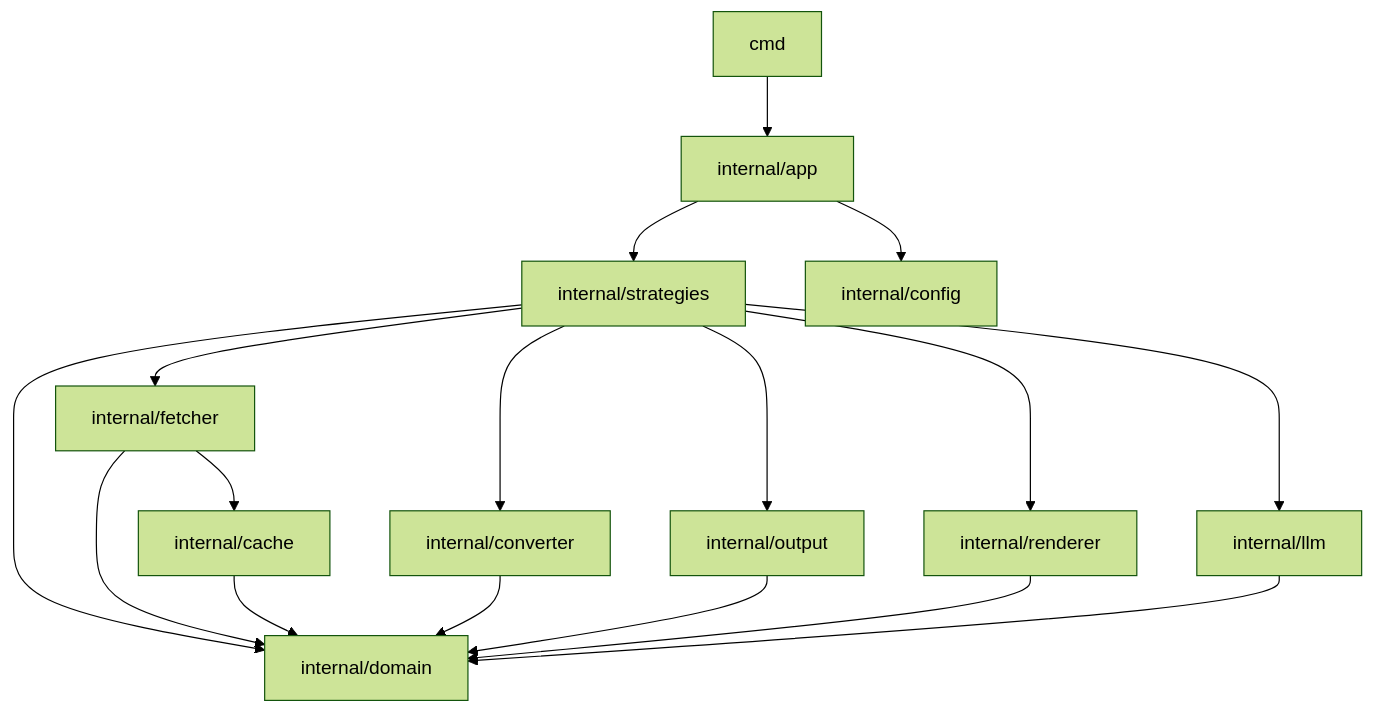
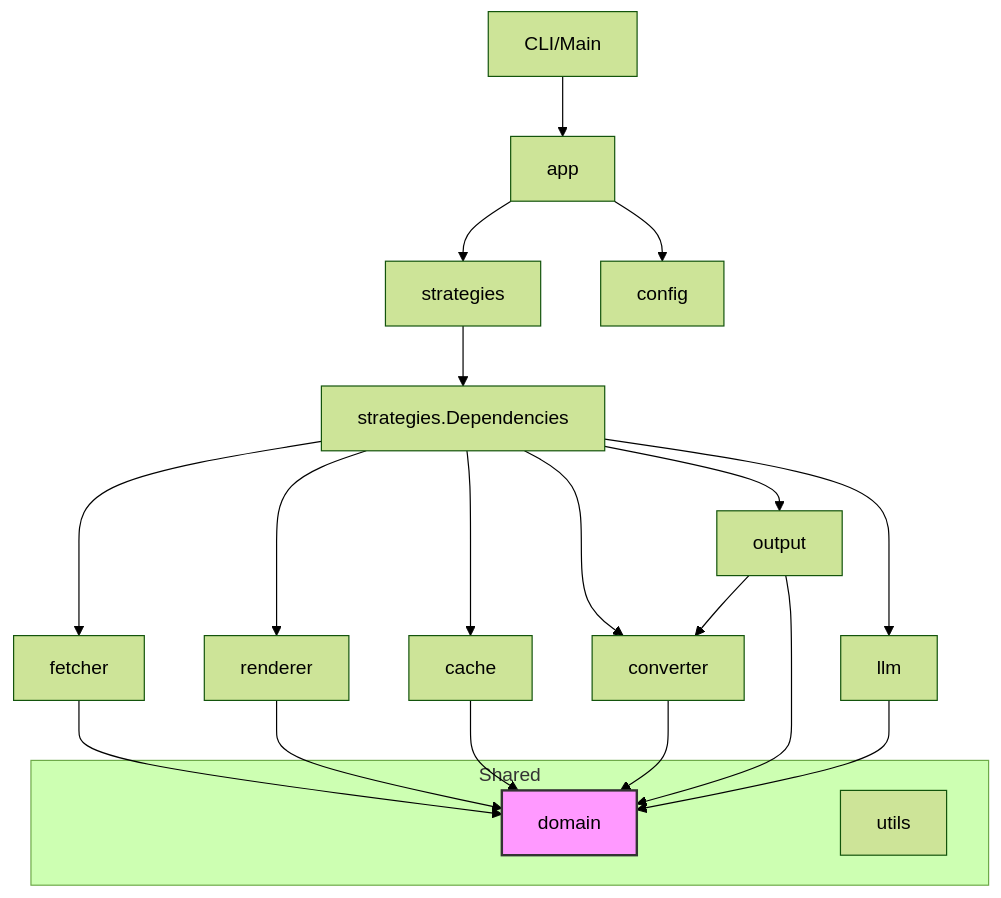
Before and after one commit to quantmind-br/repodocs-go: the diagram in .ai/docs/dependency_analysis.md, drawn with Mermaid (forest theme). The commit also changed other lines of this file and 4 other files, not shown here.

````diff
--- a/.ai/docs/dependency_analysis.md
+++ b/.ai/docs/dependency_analysis.md
@@ -44,23 +44,31 @@
 ```mermaid
 graph TD
-    CMD[cmd] --> ORCH[internal/app]
-    ORCH --> STRAT[internal/strategies]
-    ORCH --> CONF[internal/config]
+    CMD[CLI/Main] --> APP[app]
+    APP --> STRAT[strategies]
+    APP --> CFG[config]
     
-    STRAT --> DOM[internal/domain]
-    STRAT --> FETCH[internal/fetcher]
-    STRAT --> CONV[internal/converter]
-    STRAT --> OUT[internal/output]
-    STRAT --> REND[internal/renderer]
+    STRAT --> DEPS[strategies.Dependencies]
     
-    FETCH --> DOM
-    FETCH --> CACHE[internal/cache]
+    DEPS --> FETCH[fetcher]
+    DEPS --> REND[renderer]
+    DEPS --> CACHE[cache]
+    DEPS --> CONV[converter]
+    DEPS --> OUT[output]
+    DEPS --> LLM[llm]
     
-    CONV --> DOM
-    OUT --> DOM
-    REND --> DOM
-    CACHE --> DOM
+    FETCH --> DOMAIN[domain]
+    REND --> DOMAIN
+    CACHE --> DOMAIN
+    CONV --> DOMAIN
+    OUT --> DOMAIN
+    LLM --> DOMAIN
     
-    LLM[internal/llm] --> DOM
-    STRAT --> LLM
+    OUT --> CONV
+    
+    subgraph Shared
+        DOMAIN
+        UTILS[utils]
+    end
+    
+    style DOMAIN fill:#f9f,stroke:#333,stroke-width:2px
 ```
````
